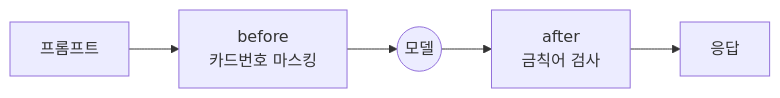
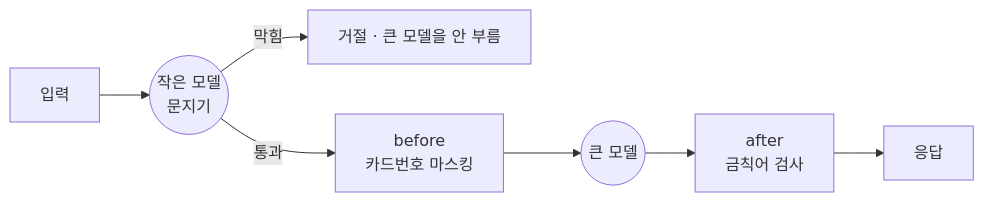
One commit to devjune/ai-study changed diagram 19 of 22 in docs/phase2/Spring AI로 구현하는 에이전틱 패턴.md. Above: the diagram before and after it, drawn with Mermaid. The commit also changed other lines of this file and 1 other file, not shown here.

````diff
--- a/docs/phase2/Spring AI로 구현하는 에이전틱 패턴.md
+++ b/docs/phase2/Spring AI로 구현하는 에이전틱 패턴.md
@@ -847,7 +848,9 @@
 ```mermaid
 flowchart LR
-    Q[프롬프트] --> B[before<br/>카드번호 마스킹]
-    B --> M((모델))
+    Q[입력] --> G((작은 모델<br/>문지기))
+    G -->|막힘| X[거절 · 큰 모델을 안 부름]
+    G -->|통과| B[before<br/>카드번호 마스킹]
+    B --> M((큰 모델))
     M --> A[after<br/>금칙어 검사]
     A --> R[응답]
 ```
````
